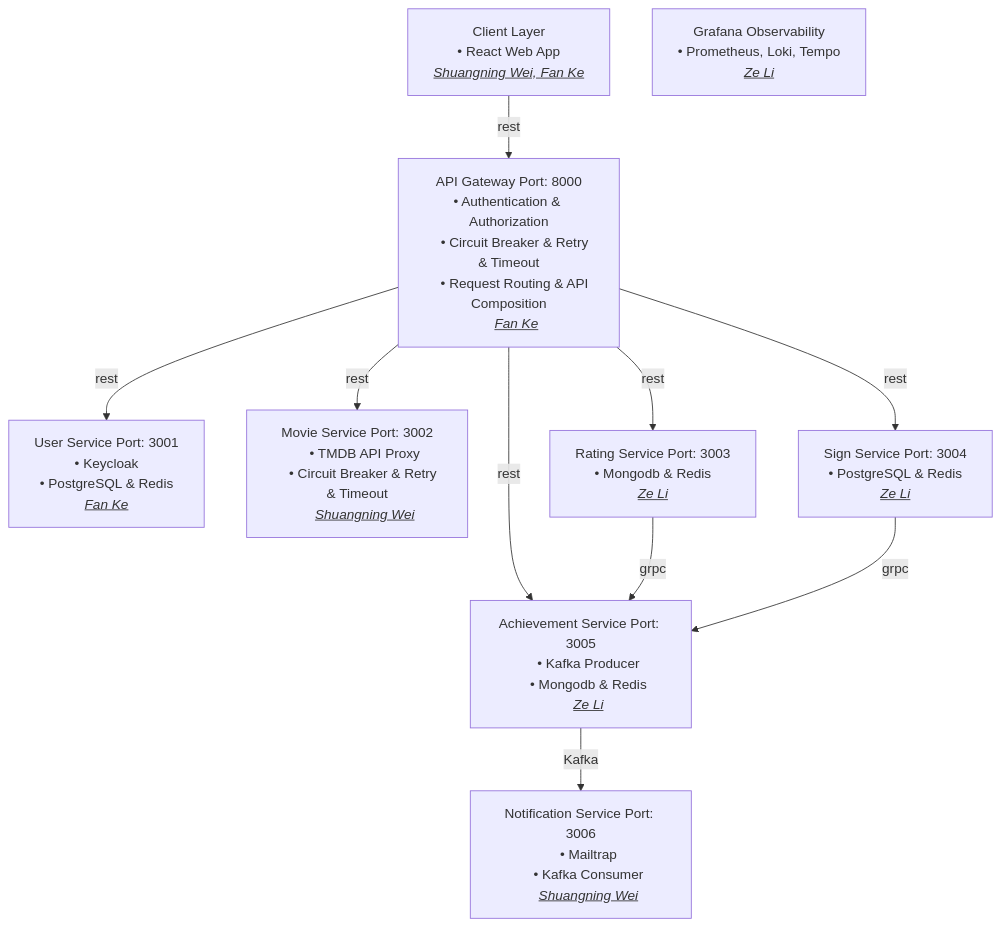
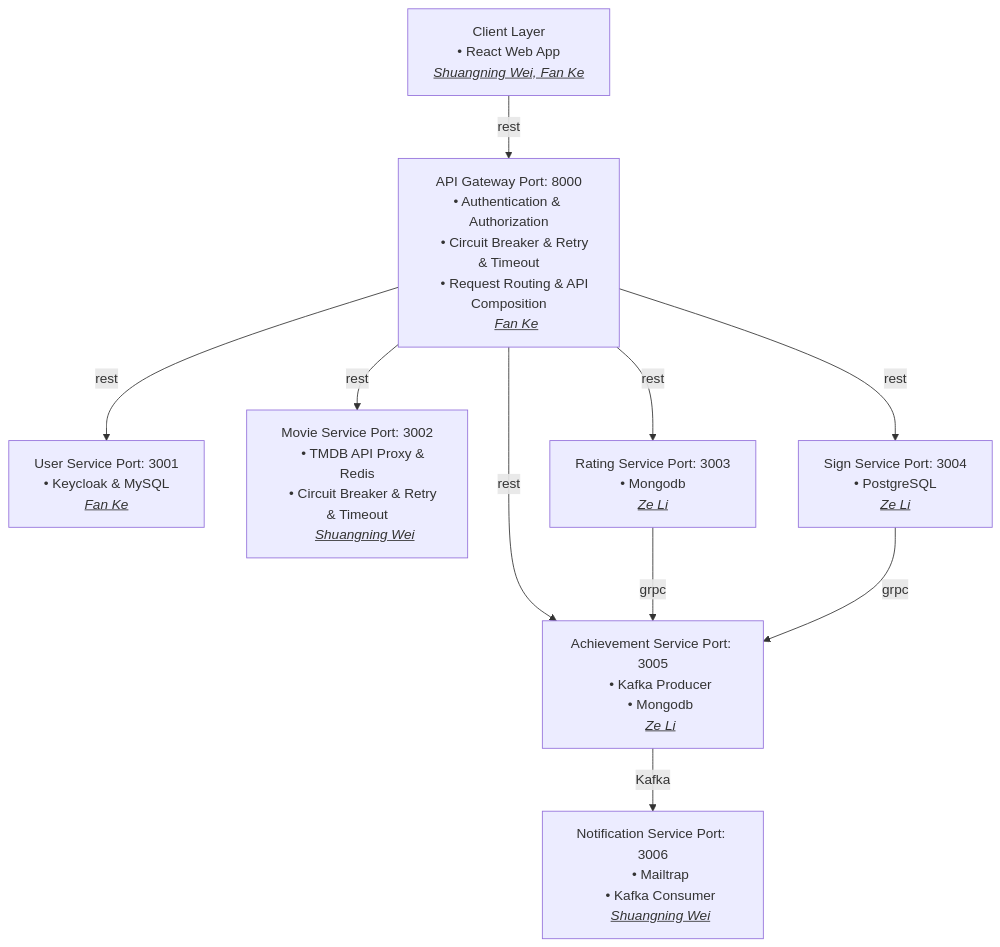
The diagram in readme.md (Shelly892/CineQuest), drawn with Mermaid before and after one commit. The commit also changed 6 other files, not shown here.

````diff
--- a/readme.md
+++ b/readme.md
@@ -2,68 +2,63 @@
 ```mermaid
 flowchart TD
     %% Client Layer
     A[Client Layer
     • React Web App
     <i><u>Shuangning Wei, Fan Ke</u></i>]
     
     %% API Gateway
     B[API Gateway Port: 8000</br>• Authentication & Authorization
     • Circuit Breaker & Retry & Timeout
     • Request Routing & API Composition
     <i><u>Fan Ke</u></i>]
     
     %% Microservices
     C[User Service Port: 3001
-    • Keycloak
-    • PostgreSQL & Redis
+    • Keycloak & MySQL
     <i><u>Fan Ke</u></i>]
     
     D[Movie Service Port: 3002
-    • TMDB API Proxy
+    • TMDB API Proxy & Redis
     • Circuit Breaker & Retry & Timeout
     <i><u>Shuangning Wei</u></i>]
     
     E[Rating Service Port: 3003
-    • Mongodb & Redis
+    • Mongodb
     <i><u>Ze Li</u></i>]
     
     F[Sign Service Port: 3004
-    • PostgreSQL & Redis
+    • PostgreSQL
     <i><u>Ze Li</u></i>]
     
     G[Achievement Service Port: 3005
     • Kafka Producer
-    • Mongodb & Redis
+    • Mongodb
     <i><u>Ze Li</u></i>]
     
     H[Notification Service Port: 3006
     • Mailtrap
     • Kafka Consumer
     <i><u>Shuangning Wei</u></i>]
-    
-    I[Grafana Observability
-    • Prometheus, Loki, Tempo
-    <i><u>Ze Li</u></i>]
     
     %% Connections
     A -->|rest| B
     B -->|rest| C
     B -->|rest| D
     B -->|rest| E
     B -->|rest| F
     B -->|rest| G
     
 
     E -->|grpc| G
     F -->|grpc| G
     
     G -->|Kafka| H
 
 %%    B -.-> I
 %%    C -.-> I
 %%    D -.-> I
 %%    E -.-> I
 %%    F -.-> I
 %%    G -.-> I
 %%    H -.-> I
 ```
````
